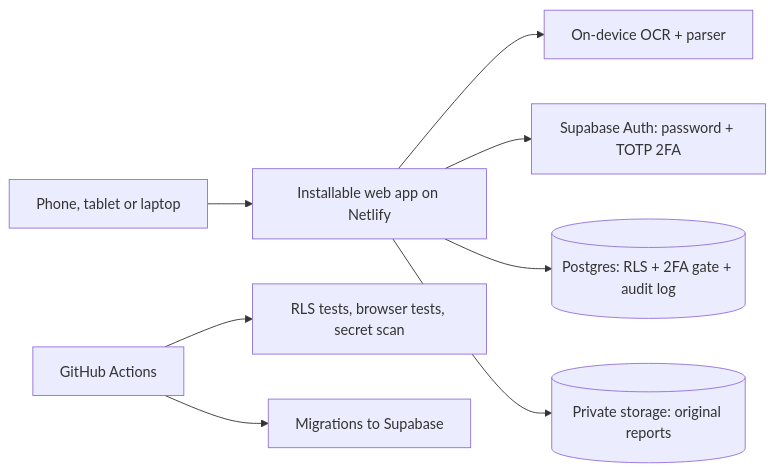
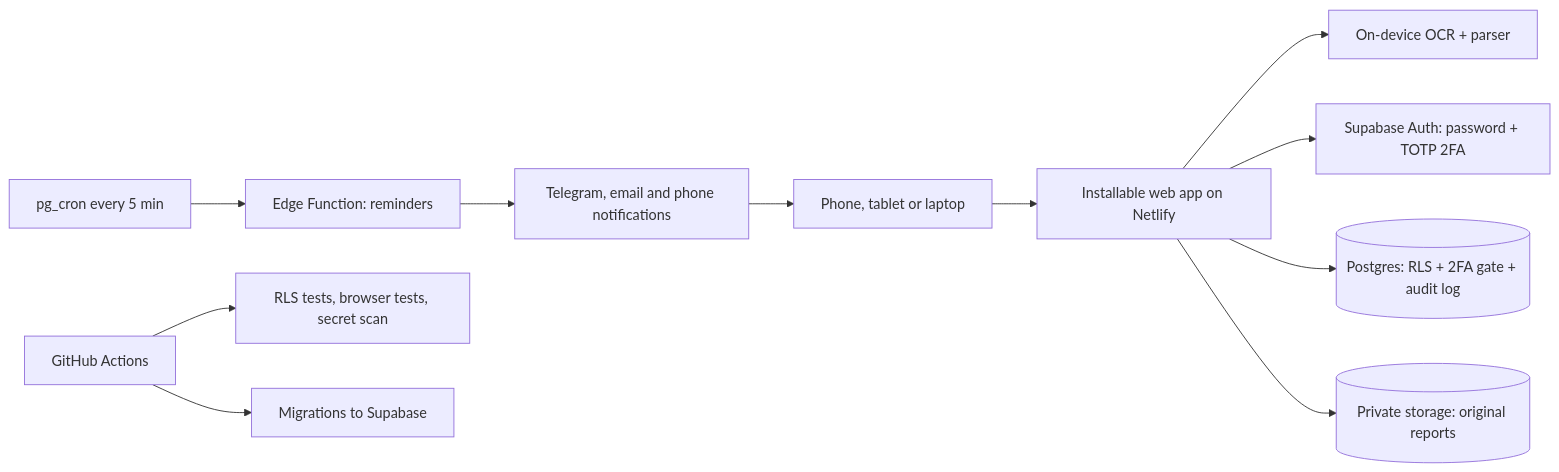
The diagram in projects/trackin/README.md (prafull4488/build-logs), drawn with Mermaid before and after one commit. The commit also changed other lines of this file and 2 other files, not shown here.

First line of the commit message:
trackin: phone app milestone, decision and lesson (11-11-2026)

````diff
--- a/projects/trackin/README.md
+++ b/projects/trackin/README.md
@@ -20,10 +20,13 @@
 ```mermaid
 flowchart LR
   P[Phone, tablet or laptop] --> PWA[Installable web app on Netlify]
   PWA --> OCR[On-device OCR + parser]
   PWA --> AUTH[Supabase Auth: password + TOTP 2FA]
   PWA --> DB[(Postgres: RLS + 2FA gate + audit log)]
   PWA --> ST[(Private storage: original reports)]
+  CRON[pg_cron every 5 min] --> REM[Edge Function: reminders]
+  REM --> N[Telegram, email and phone notifications]
+  N --> P
   GH[GitHub Actions] --> T[RLS tests, browser tests, secret scan]
   GH --> MIG[Migrations to Supabase]
 ```
````
